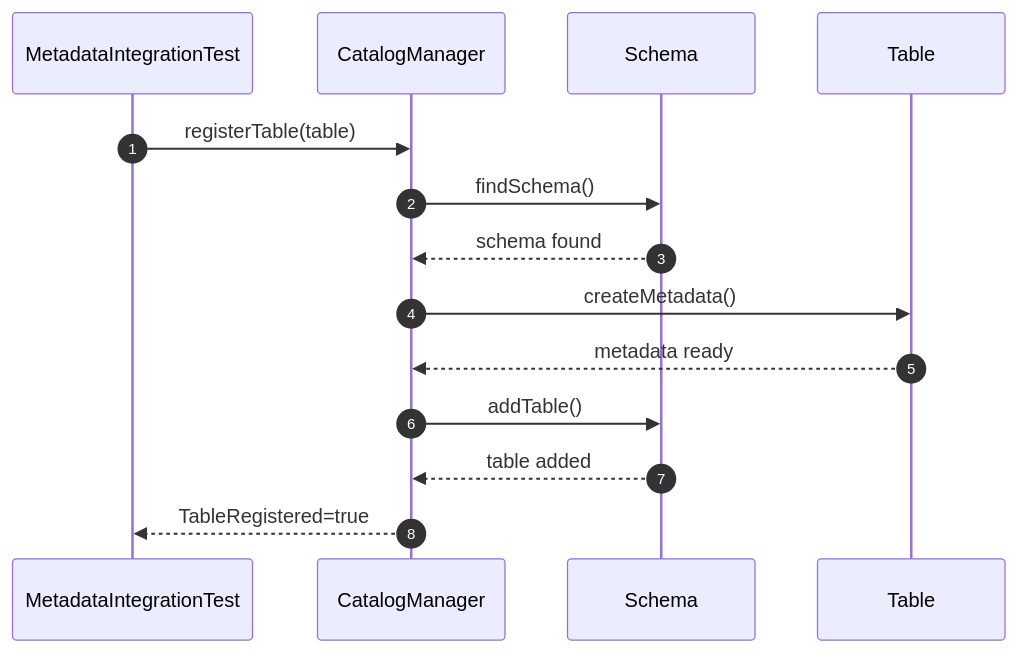
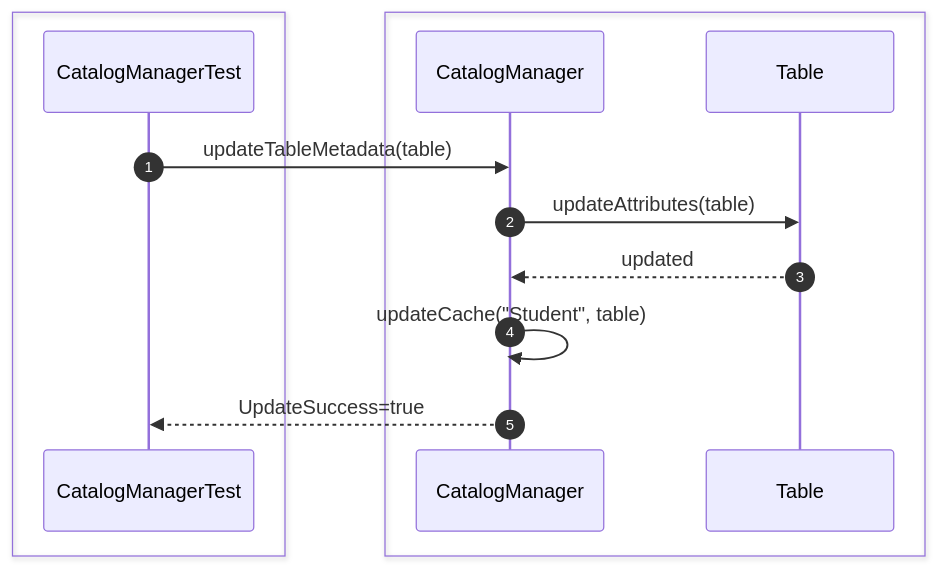
Diagram 13 of 28 in src/sequence/catalog.md (Huy1801214/dbms-architecture), drawn with Mermaid before and after one commit. The commit also changed other lines of this file and 10 other files, not shown here.

Commit message:
add comprehensive sequence diagrams and documentation for system architecture and unit testing specifications

````diff
--- a/src/sequence/catalog.md
+++ b/src/sequence/catalog.md
@@ -115,24 +282,21 @@
 ```mermaid
 sequenceDiagram
     autonumber
-    participant Test as MetadataIntegrationTest
+    box #e1f5fe Test Suite
+    participant Test as CatalogManagerTest
+    end
+    box #e8f5e9 Catalog Objects
     participant Catalog as CatalogManager
-    participant Schema as Schema
     participant Tbl as Table
+    end
 
-    Test->>Catalog: registerTable(table)
+    Test->>Catalog: updateTableMetadata(table)
 
-    Catalog->>Schema: findSchema()
+    Catalog->>Tbl: updateAttributes(table)
 
-    Schema-->>Catalog: schema found
+    Tbl-->>Catalog: updated
 
-    Catalog->>Tbl: createMetadata()
+    Catalog->>Catalog: updateCache("Student", table)
 
-    Tbl-->>Catalog: metadata ready
-
-    Catalog->>Schema: addTable()
-
-    Schema-->>Catalog: table added
-
-    Catalog-->>Test: TableRegistered=true
+    Catalog-->>Test: UpdateSuccess=true
 ```
````
